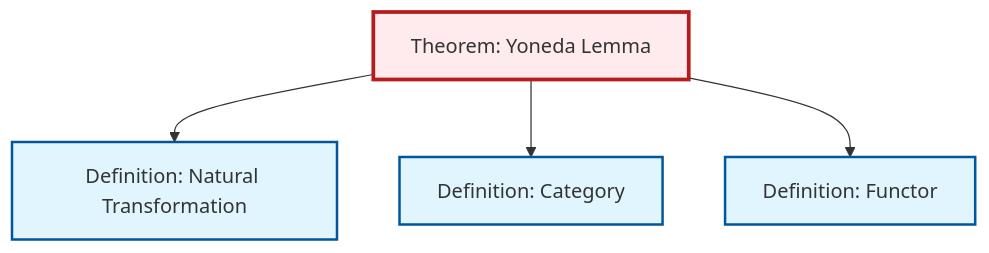
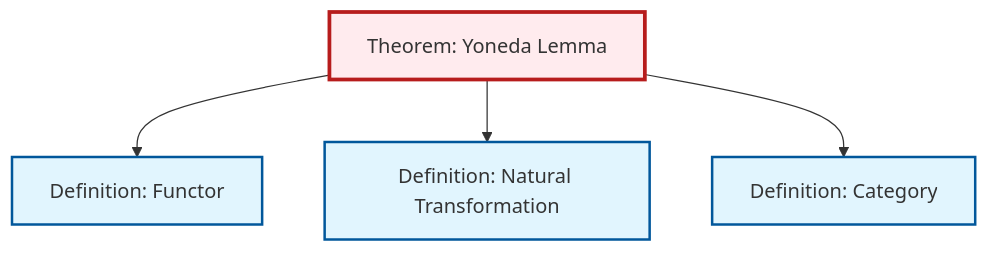
The diagram in content/ja/category-theory/thm-yoneda.qmd (RK0429/ModernMath), drawn with Mermaid before and after one commit. The commit also changed other lines of this file and 634 other files, not shown here.

````diff
--- a/content/ja/category-theory/thm-yoneda.qmd
+++ b/content/ja/category-theory/thm-yoneda.qmd
@@ -96,20 +96,20 @@
 ```{mermaid}
 %%| fig-cap: "Local dependency graph"
 graph TD
     classDef definition fill:#e1f5fe,stroke:#01579b,stroke-width:2px
     classDef theorem fill:#f3e5f5,stroke:#4a148c,stroke-width:2px
     classDef axiom fill:#fff3e0,stroke:#e65100,stroke-width:2px
     classDef example fill:#e8f5e9,stroke:#1b5e20,stroke-width:2px
     classDef current fill:#ffebee,stroke:#b71c1c,stroke-width:3px
+    def-category["Definition: Category"]:::definition
     def-natural-transformation["Definition: Natural Transformation"]:::definition
+    def-functor["Definition: Functor"]:::definition
     thm-yoneda["Theorem: Yoneda Lemma"]:::theorem
-    def-category["Definition: Category"]:::definition
-    def-functor["Definition: Functor"]:::definition
+    thm-yoneda --> def-functor
     thm-yoneda --> def-natural-transformation
     thm-yoneda --> def-category
-    thm-yoneda --> def-functor
     class thm-yoneda current
+    click def-category "def-category.html" "Definition: Categoryへ"
     click def-natural-transformation "def-natural-transformation.html" "Definition: Natural Transformationへ"
-    click def-category "def-category.html" "Definition: Categoryへ"
     click def-functor "def-functor.html" "Definition: Functorへ"
 ```
````
